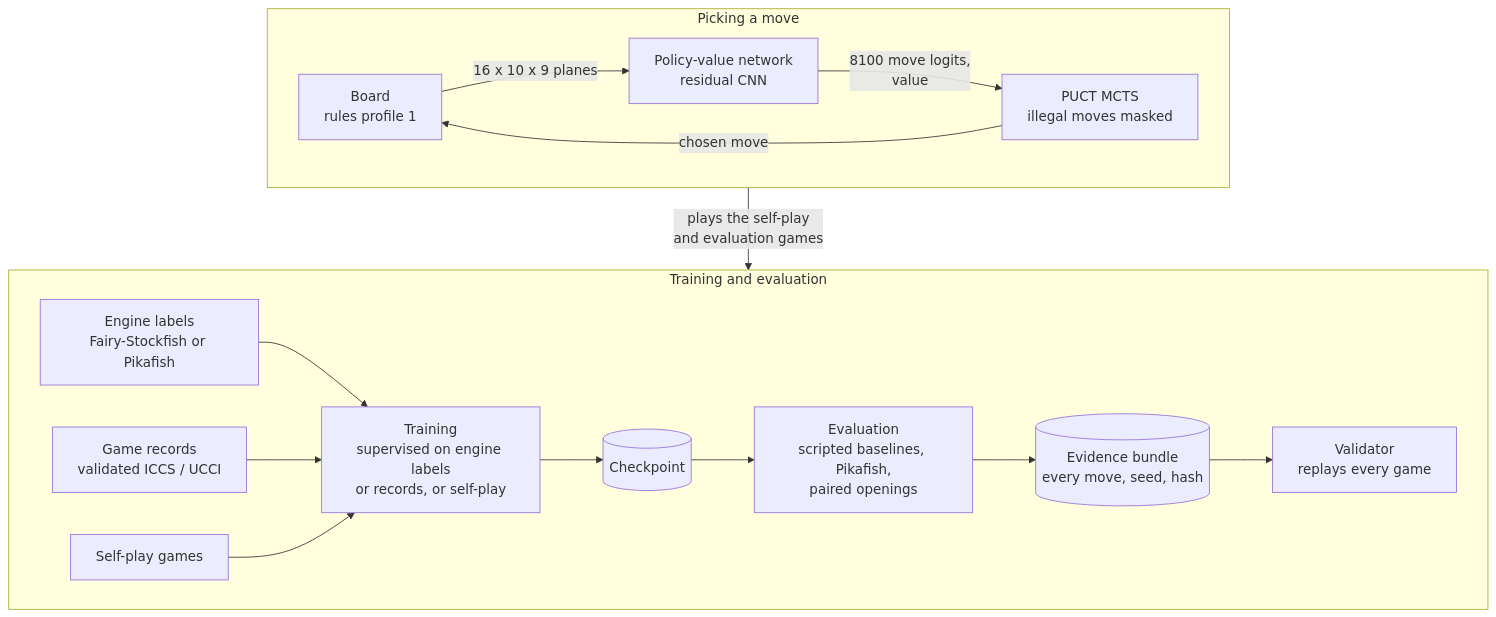
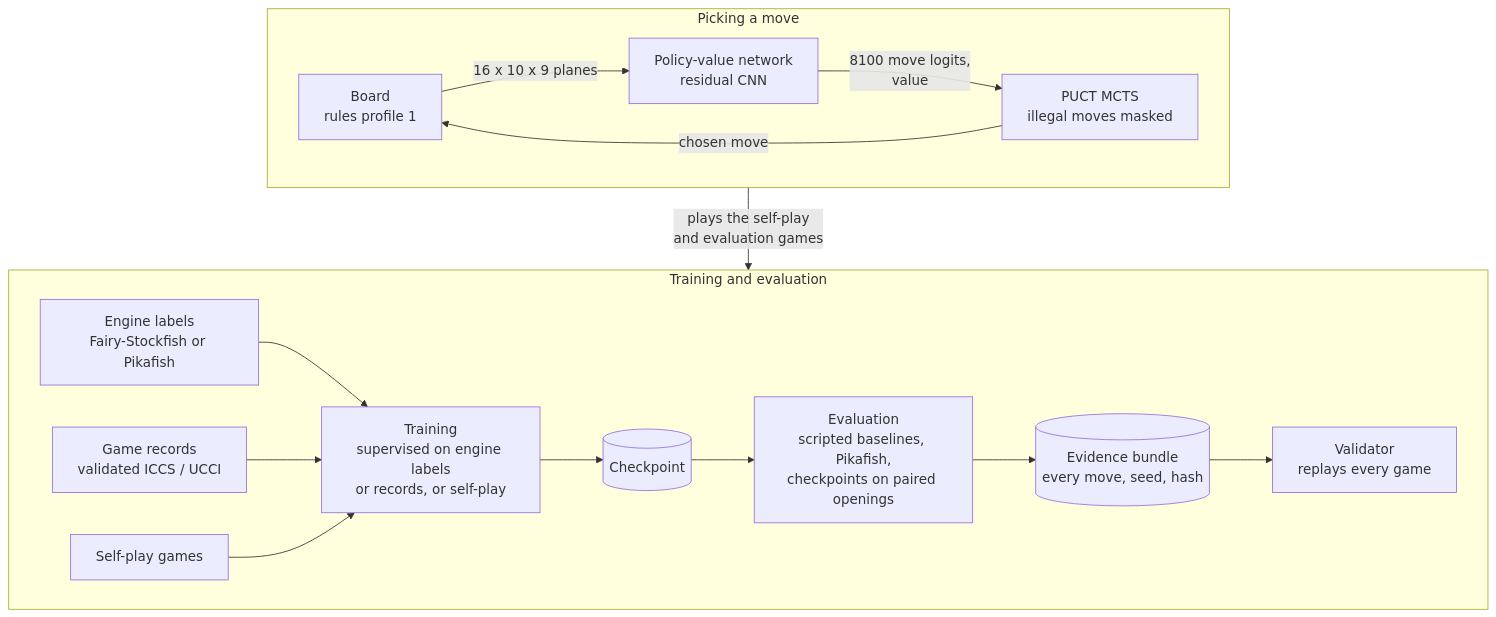
One commit to hskl18/cc-lite changed the diagram in docs/architecture.mmd. Above: the diagram before and after it, drawn with Mermaid. The commit also changed 4 other files, not shown here.

```diff
--- a/docs/architecture.mmd
+++ b/docs/architecture.mmd
@@ -1,19 +1,19 @@
 flowchart TB
   subgraph play["Picking a move"]
     direction LR
     Board["Board<br/>rules profile 1"] -->|"16 x 10 x 9 planes"| Net["Policy-value network<br/>residual CNN"]
     Net -->|"8100 move logits,<br/>value"| MCTS["PUCT MCTS<br/>illegal moves masked"]
     MCTS -->|"chosen move"| Board
   end
   subgraph learn["Training and evaluation"]
     direction LR
     Engine["Engine labels<br/>Fairy-Stockfish or Pikafish"] --> Train["Training<br/>supervised on engine labels<br/>or records, or self-play"]
     Records["Game records<br/>validated ICCS / UCCI"] --> Train
     SelfPlay["Self-play games"] --> Train
     Train --> Ckpt[("Checkpoint")]
-    Ckpt --> Eval["Evaluation<br/>scripted baselines, Pikafish,<br/>paired openings"]
+    Ckpt --> Eval["Evaluation<br/>scripted baselines, Pikafish,<br/>checkpoints on paired openings"]
     Eval --> Bundle[("Evidence bundle<br/>every move, seed, hash")]
     Bundle --> Validator["Validator<br/>replays every game"]
   end
   play -->|"plays the self-play<br/>and evaluation games"| learn
 %% Edit this file; the owner renders architecture-light.svg and architecture-dark.svg from it with a shared theme.
```
